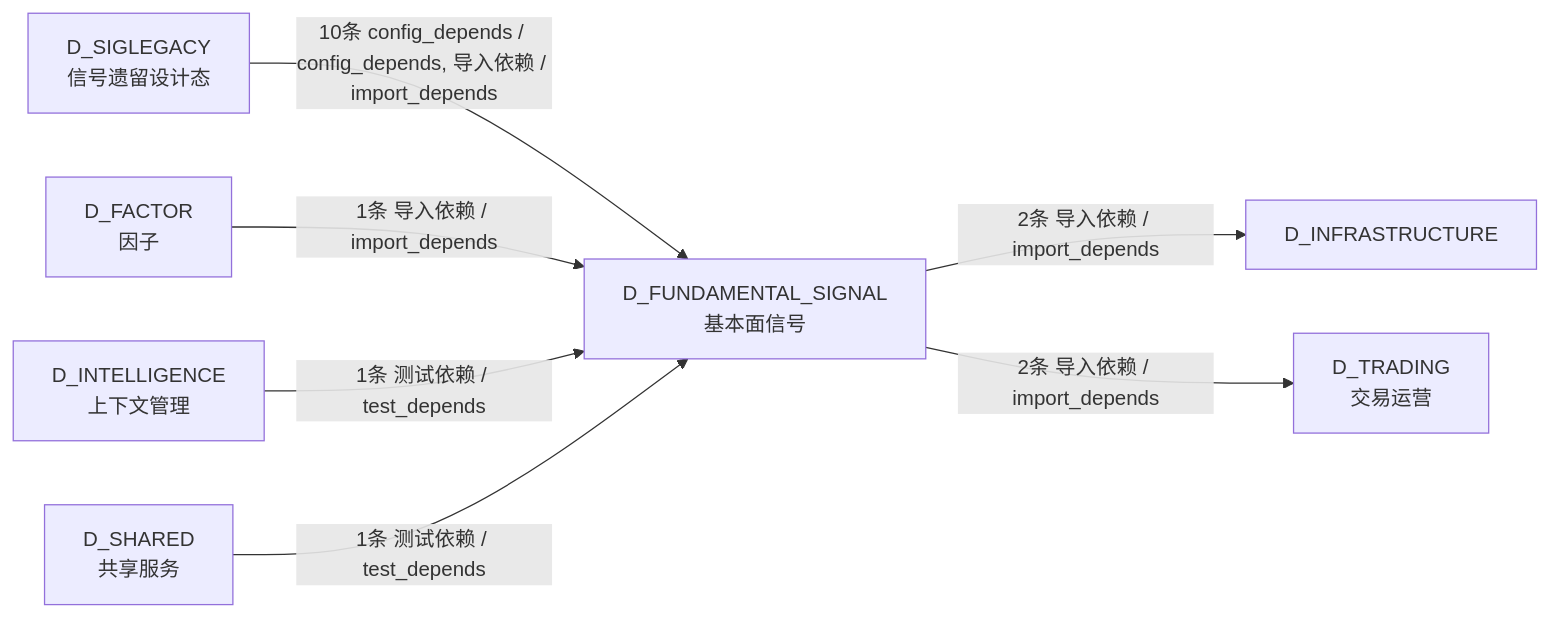
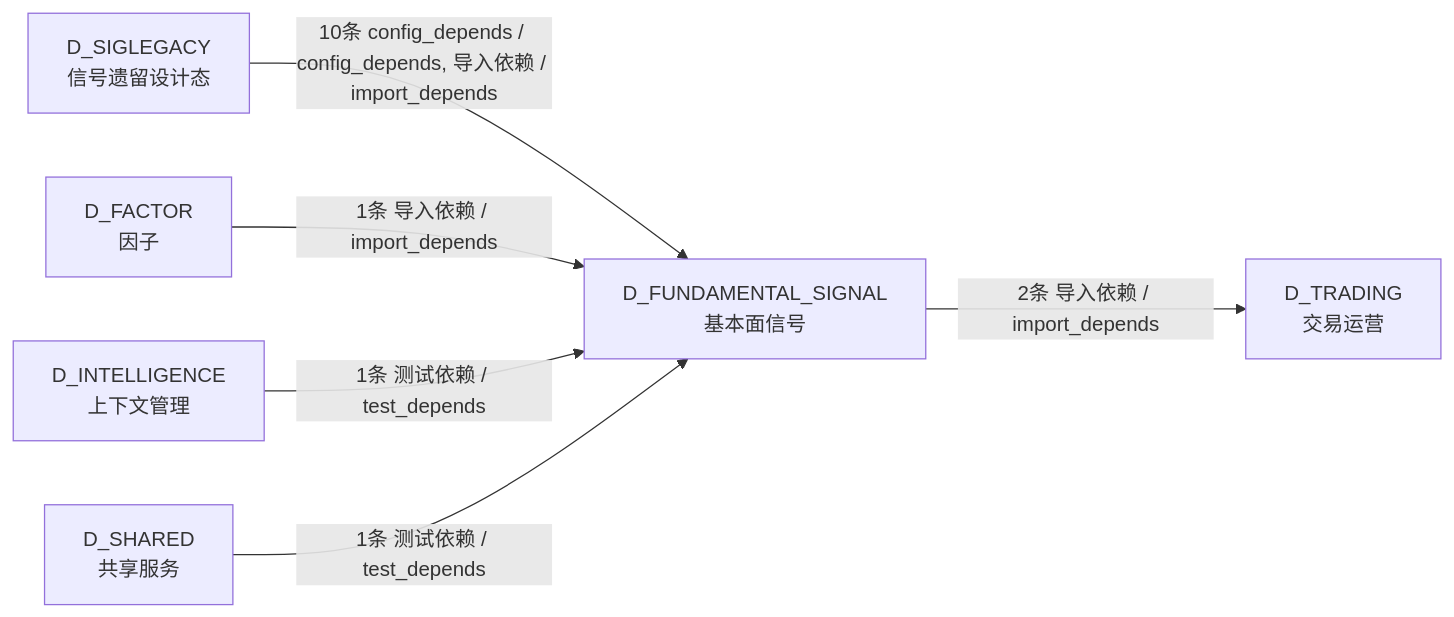
The fourth of 4 diagrams in docs/02_enterprise_architecture/02_domain_architecture_docs/37_d_fundamental_signal.md (xuanFelixVan/ZephyrAlpha), drawn with Mermaid before and after one commit. The commit also changed other lines of this file and 125 other files, not shown here.

First line of the commit message:
feat(blueprint-v2.1): 模板v2.1.0+生成器+老蓝图自动化（第三次）

````diff
--- a/docs/02_enterprise_architecture/02_domain_architecture_docs/37_d_fundamental_signal.md
+++ b/docs/02_enterprise_architecture/02_domain_architecture_docs/37_d_fundamental_signal.md
@@ -229,16 +219,14 @@
 ```mermaid
 graph LR
     D_FUNDAMENTAL_SIGNAL["D_FUNDAMENTAL_SIGNAL<br/>基本面信号"]
-    D_INFRASTRUCTURE["D_INFRASTRUCTURE"]
     D_TRADING["D_TRADING<br/>交易运营"]
     D_SIGLEGACY["D_SIGLEGACY<br/>信号遗留设计态"]
     D_FACTOR["D_FACTOR<br/>因子"]
     D_INTELLIGENCE["D_INTELLIGENCE<br/>上下文管理"]
     D_SHARED["D_SHARED<br/>共享服务"]
-    D_FUNDAMENTAL_SIGNAL -->|2条 导入依赖 / import_depends| D_INFRASTRUCTURE
     D_FUNDAMENTAL_SIGNAL -->|2条 导入依赖 / import_depends| D_TRADING
     D_SIGLEGACY -->|10条 config_depends / config_depends, 导入依赖 / import_depends| D_FUNDAMENTAL_SIGNAL
     D_FACTOR -->|1条 导入依赖 / import_depends| D_FUNDAMENTAL_SIGNAL
     D_INTELLIGENCE -->|1条 测试依赖 / test_depends| D_FUNDAMENTAL_SIGNAL
     D_SHARED -->|1条 测试依赖 / test_depends| D_FUNDAMENTAL_SIGNAL
 ```
````
